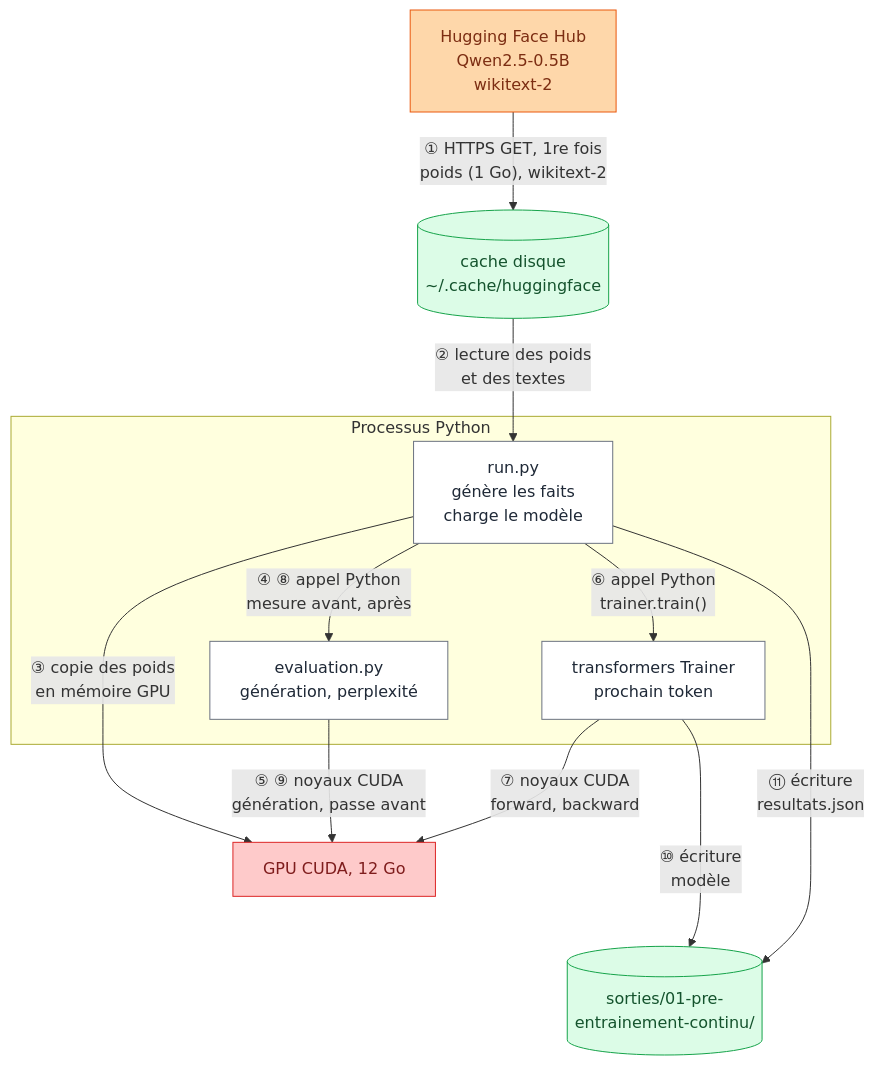
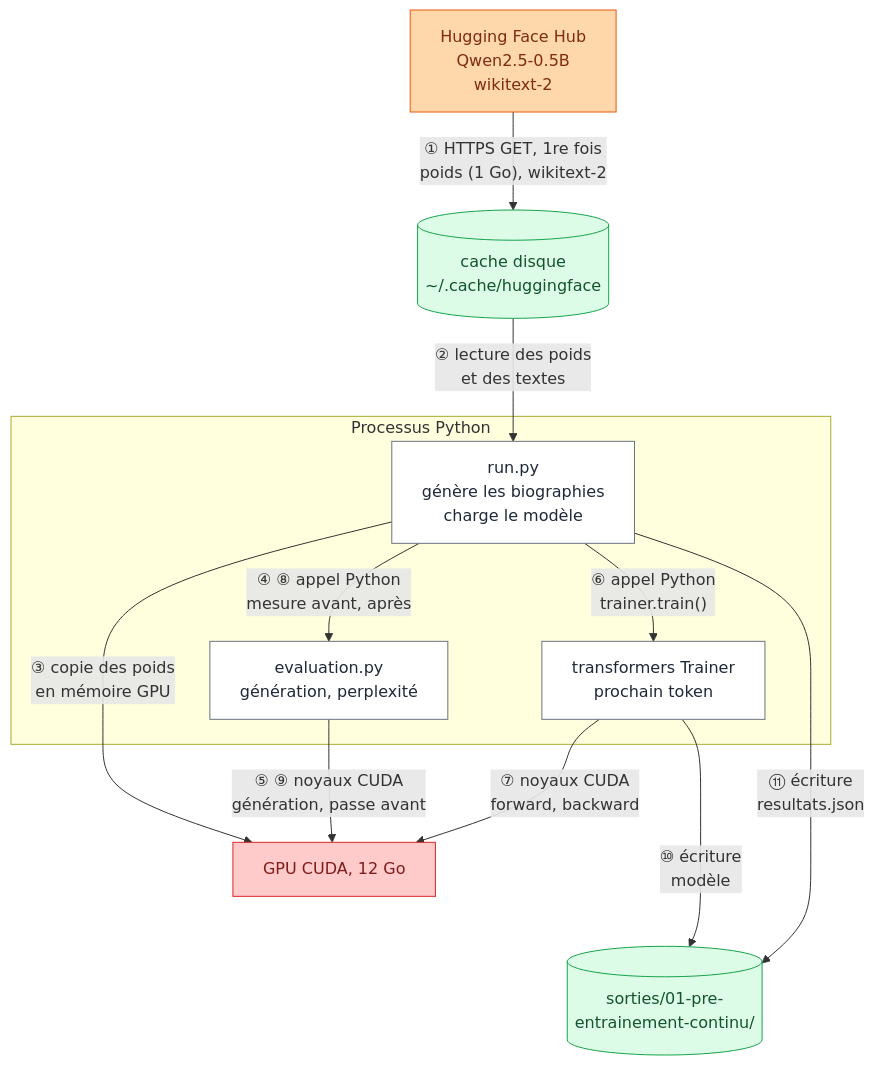
Before and after one commit to xavinsky/amelioria: the diagram in 01-pre-entrainement-continu/README.md, drawn with Mermaid. The commit also changed other lines of this file and 22 other files, not shown here.

````diff
--- a/01-pre-entrainement-continu/README.md
+++ b/01-pre-entrainement-continu/README.md
@@ -44,33 +45,33 @@
 ```mermaid
 flowchart TD
   classDef externe fill:#fed7aa,stroke:#ea580c,color:#7c2d12
   classDef code fill:#ffffff,stroke:#6b7280,color:#1f2937
   classDef gpu fill:#fecaca,stroke:#dc2626,color:#7f1d1d
   classDef disque fill:#dcfce7,stroke:#16a34a,color:#14532d
 
   Hub["Hugging Face Hub<br/>Qwen2.5-0.5B<br/>wikitext-2"]
   Cache[("cache disque<br/>~/.cache/huggingface")]
   subgraph Py["Processus Python"]
-    Run["run.py<br/>génère les faits<br/>charge le modèle"]
+    Run["run.py<br/>génère les biographies<br/>charge le modèle"]
     Ev["evaluation.py<br/>génération, perplexité"]
     Tr["transformers Trainer<br/>prochain token"]
   end
   GPU["GPU CUDA, 12 Go"]
   Out[("sorties/01-pre-<br/>entrainement-continu/")]
 
   Hub -- "① HTTPS GET, 1re fois<br/>poids (1 Go), wikitext-2" --> Cache
   Cache -- "② lecture des poids<br/>et des textes" --> Run
   Run -- "③ copie des poids<br/>en mémoire GPU" --> GPU
   Run -- "④ ⑧ appel Python<br/>mesure avant, après" --> Ev
   Ev -- "⑤ ⑨ noyaux CUDA<br/>génération, passe avant" --> GPU
   Run -- "⑥ appel Python<br/>trainer.train()" --> Tr
   Tr -- "⑦ noyaux CUDA<br/>forward, backward" --> GPU
   Tr -- "⑩ écriture<br/>modèle" --> Out
   Run -- "⑪ écriture<br/>resultats.json" --> Out
 
   GPU ~~~ Out
   class Hub externe
   class Run,Ev,Tr code
   class GPU gpu
   class Cache,Out disque
 ```
````
